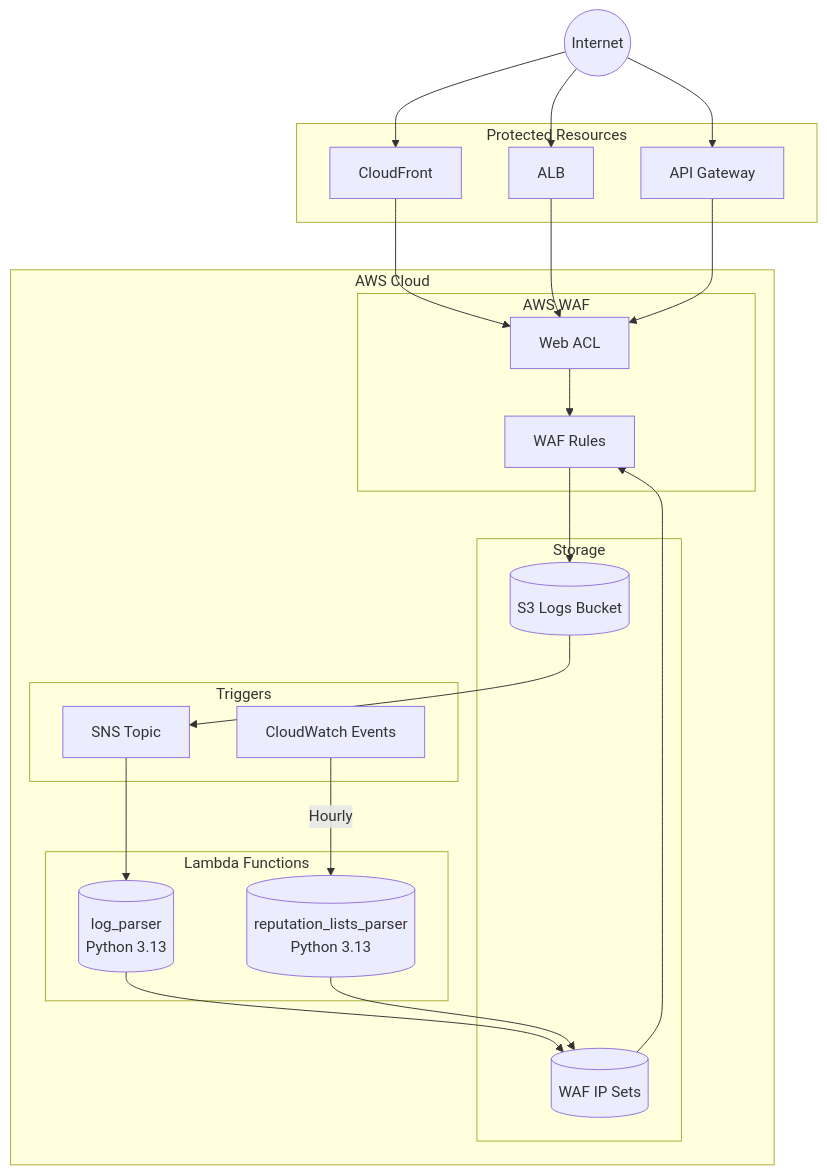
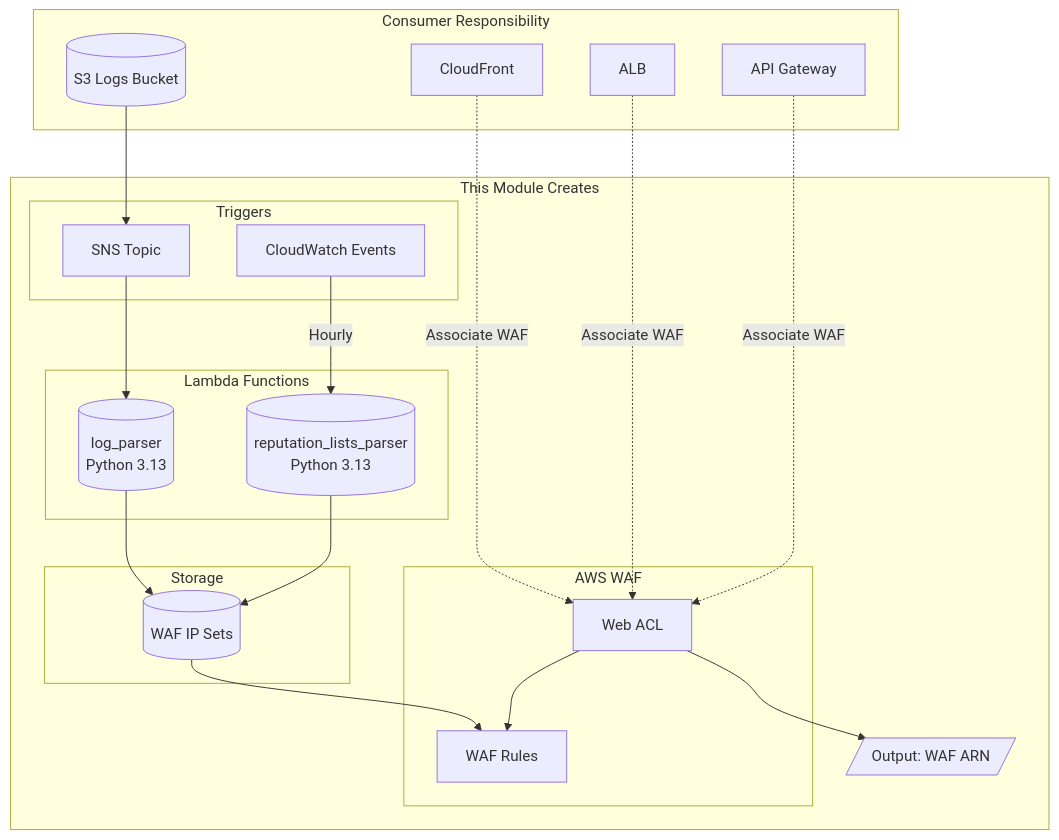
The second of 3 diagrams in README.md (datastreamapp/terraform-waf-module), drawn with Mermaid before and after one commit. The commit also changed other lines of this file and 1 other file, not shown here.

Commit message:
feat(diagram): fix the diagram to show the correct module boundary and indicate that protected resources are external.

````diff
--- a/README.md
+++ b/README.md
@@ -51,41 +60,42 @@
 ```mermaid
 flowchart TB
-    subgraph AWS["AWS Cloud"]
+    subgraph Module["This Module Creates"]
         subgraph WAF["AWS WAF"]
             ACL[Web ACL]
             Rules[WAF Rules]
         end
 
         subgraph Lambda["Lambda Functions"]
             LP[("log_parser<br/>Python 3.13")]
             RP[("reputation_lists_parser<br/>Python 3.13")]
         end
 
         subgraph Storage["Storage"]
-            S3[(S3 Logs Bucket)]
             IPSet[(WAF IP Sets)]
         end
 
         subgraph Triggers["Triggers"]
             SNS[SNS Topic]
             CW[CloudWatch Events]
         end
+
+        Output[/"Output: WAF ARN"/]
     end
 
-    subgraph Protected["Protected Resources"]
+    subgraph External["Consumer Responsibility"]
+        S3[(S3 Logs Bucket)]
         CF[CloudFront]
         ALB[ALB]
         APIGW[API Gateway]
     end
 
-    Internet((Internet)) --> CF & ALB & APIGW
-    CF & ALB & APIGW --> ACL
+    CF & ALB & APIGW -.->|"Associate WAF"| ACL
     ACL --> Rules
-    Rules --> S3
     S3 --> SNS
     SNS --> LP
     LP --> IPSet
     CW -->|Hourly| RP
     RP --> IPSet
     IPSet --> Rules
+    ACL --> Output
 ```
````
